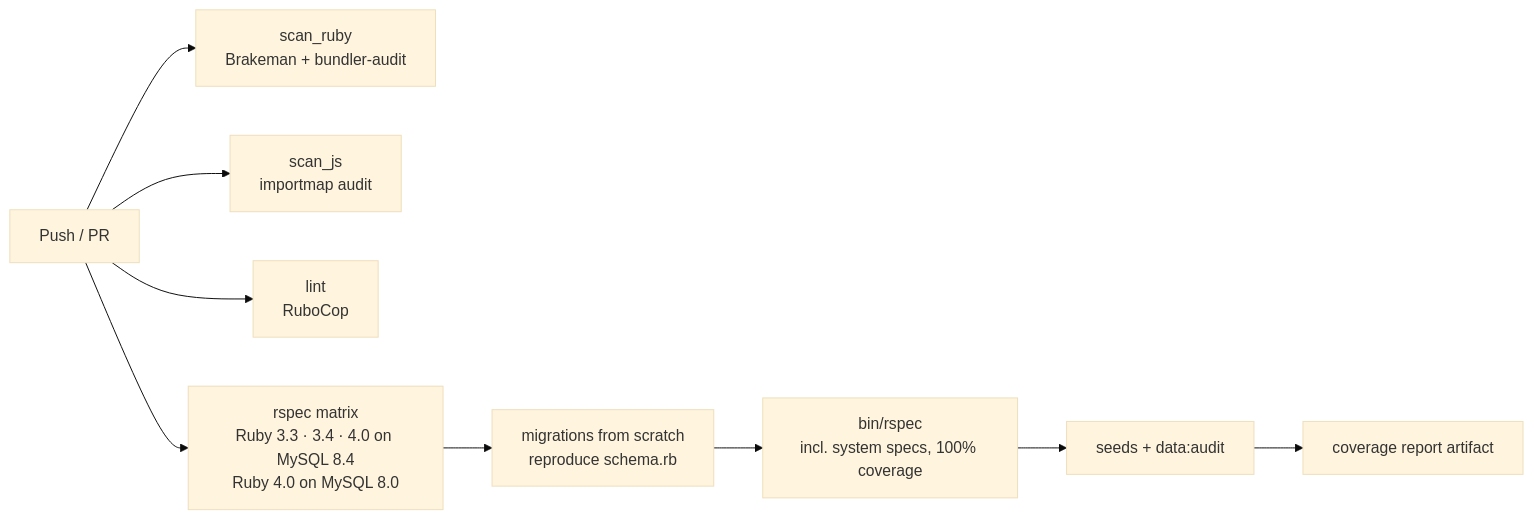
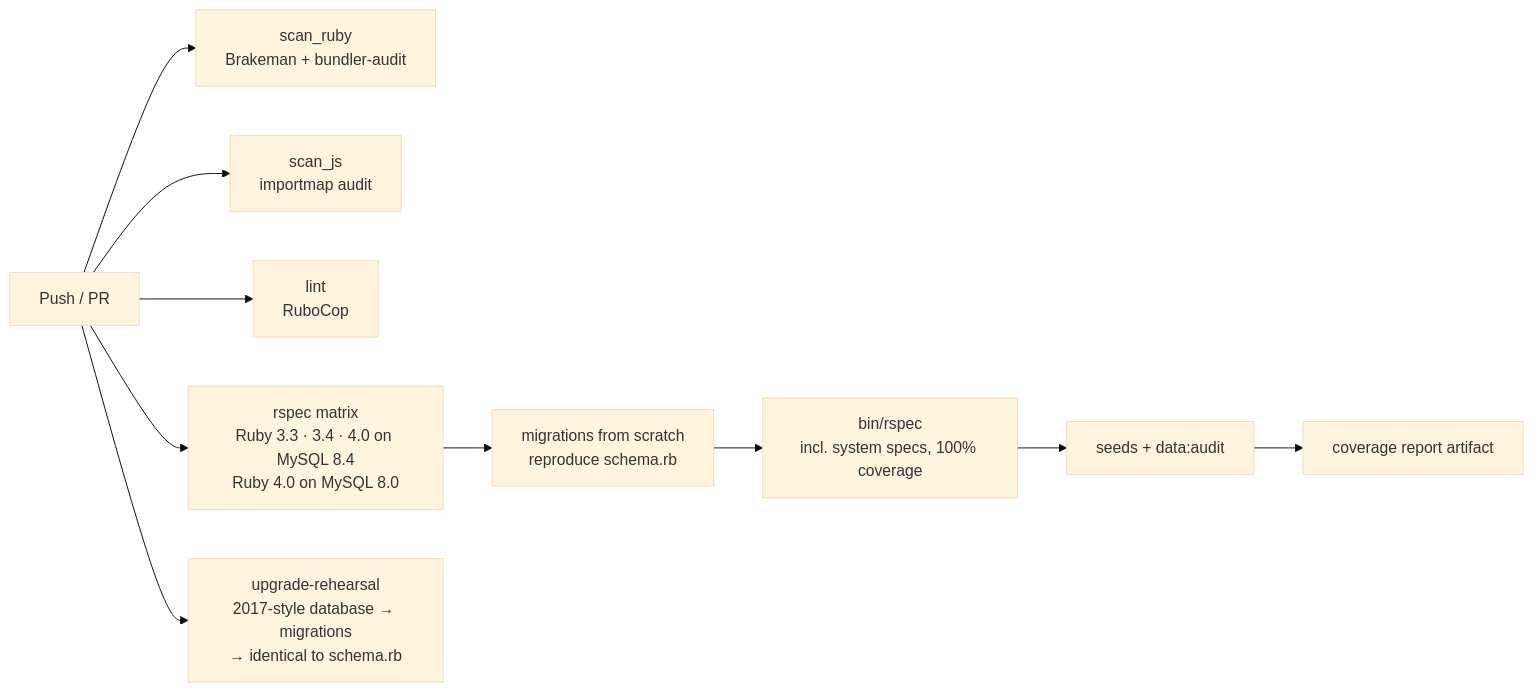
One commit to cdrrazan/socialnetwork changed the seventh of 8 diagrams in README.md. Above: the diagram before and after it, drawn with Mermaid (base theme). The commit also changed other lines of this file and 5 other files, not shown here.

First line of the commit message:
Document MySQL, the schema upgrade and the RSpec suite

````diff
--- a/README.md
+++ b/README.md
@@ -423,11 +425,12 @@
 ```mermaid
 flowchart LR
     Push["Push / PR"] --> Scan["scan_ruby<br/>Brakeman + bundler-audit"]
     Push --> JS["scan_js<br/>importmap audit"]
     Push --> Lint["lint<br/>RuboCop"]
     Push --> Matrix["rspec matrix<br/>Ruby 3.3 · 3.4 · 4.0 on MySQL 8.4<br/>Ruby 4.0 on MySQL 8.0"]
     Matrix --> M1["migrations from scratch<br/>reproduce schema.rb"]
     M1 --> M2["bin/rspec<br/>incl. system specs, 100% coverage"]
     M2 --> M3["seeds + data:audit"]
     M3 --> M4["coverage report artifact"]
+    Push --> Rehearsal["upgrade-rehearsal<br/>2017-style database → migrations<br/>→ identical to schema.rb"]
 ```
````
